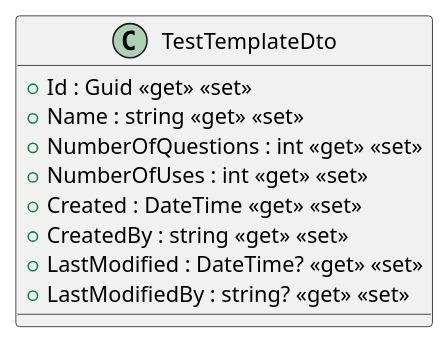
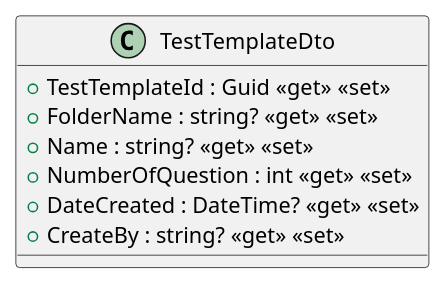
The diagram in TestTemplates/Dto/TestTemplateDto.puml (thanhkhac/SEP_Diagram), drawn with PlantUML before and after one commit. The commit also changed 3 other files, not shown here.

```diff
--- a/TestTemplates/Dto/TestTemplateDto.puml
+++ b/TestTemplates/Dto/TestTemplateDto.puml
@@ -1,12 +1,10 @@
 @startuml
 class TestTemplateDto {
-    + Id : Guid <<get>> <<set>>
-    + Name : string <<get>> <<set>>
-    + NumberOfQuestions : int <<get>> <<set>>
-    + NumberOfUses : int <<get>> <<set>>
-    + Created : DateTime <<get>> <<set>>
-    + CreatedBy : string <<get>> <<set>>
-    + LastModified : DateTime? <<get>> <<set>>
-    + LastModifiedBy : string? <<get>> <<set>>
+    + TestTemplateId : Guid <<get>> <<set>>
+    + FolderName : string? <<get>> <<set>>
+    + Name : string? <<get>> <<set>>
+    + NumberOfQuestion : int <<get>> <<set>>
+    + DateCreated : DateTime? <<get>> <<set>>
+    + CreateBy : string? <<get>> <<set>>
 }
 @enduml
```
